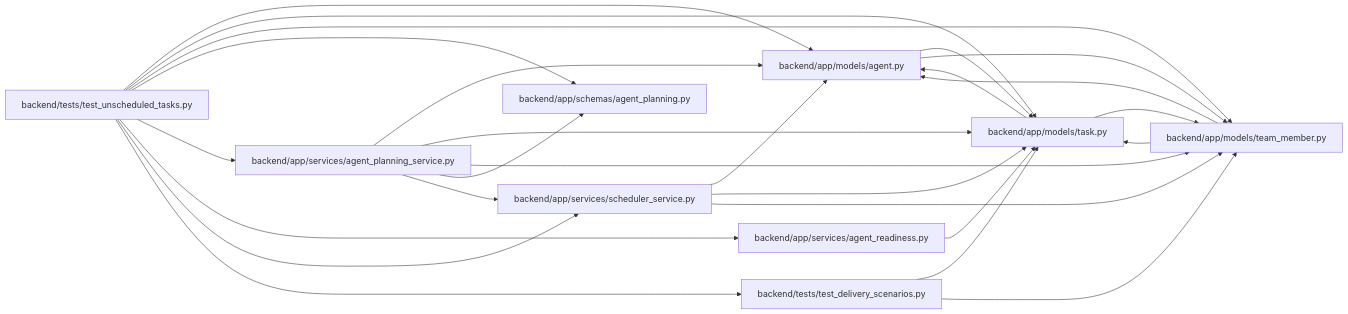
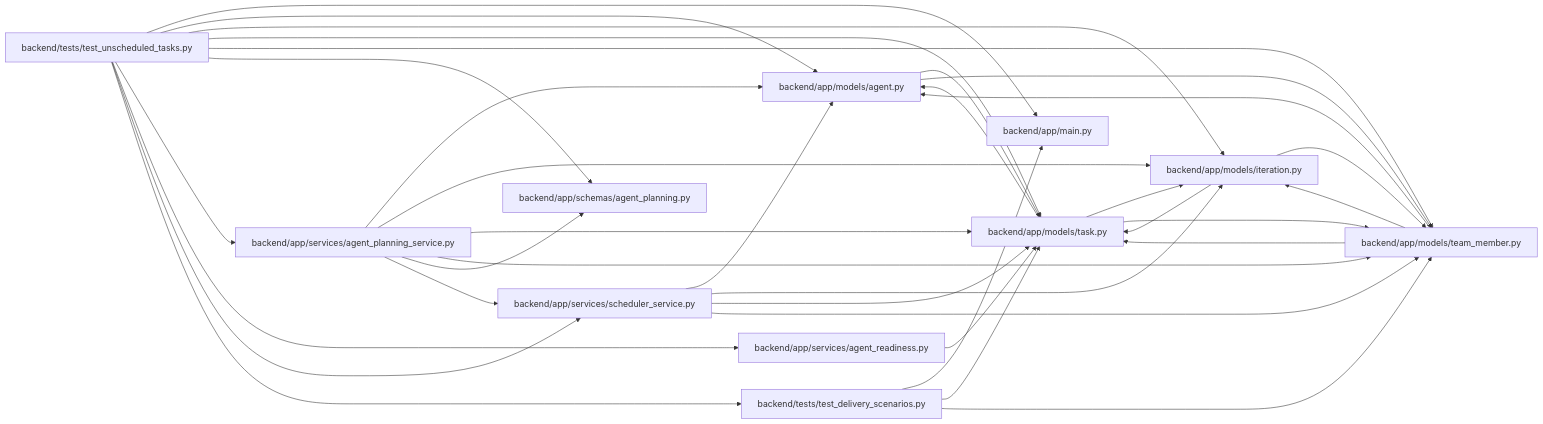
One commit to Denissvgn/WorkChord changed the diagram in docs/llm_wiki/modules/test_unscheduled_tasks.md. Above: the diagram before and after it, drawn with Mermaid. The commit also changed other lines of this file and 1817 other files, not shown here.

First line of the commit message:
Refresh the architectural wiki for the 1.9.0 changes

````diff
--- a/docs/llm_wiki/modules/test_unscheduled_tasks.md
+++ b/docs/llm_wiki/modules/test_unscheduled_tasks.md
@@ -27,46 +31,59 @@
 ```mermaid
 flowchart LR
-    n0["backend/app/models/agent.py"]
-    n1["backend/app/models/task.py"]
-    n2["backend/app/models/team_member.py"]
-    n3["backend/app/schemas/agent_planning.py"]
-    n4["backend/app/services/agent_planning_service.py"]
-    n5["backend/app/services/agent_readiness.py"]
-    n6["backend/app/services/scheduler_service.py"]
-    n7["backend/tests/test_delivery_scenarios.py"]
-    n8["backend/tests/test_unscheduled_tasks.py"]
-    n0 --> n1
-    n0 --> n2
-    n1 --> n0
-    n1 --> n2
-    n2 --> n0
-    n2 --> n1
-    n4 --> n0
+    n0["backend/app/main.py"]
+    n1["backend/app/models/agent.py"]
+    n2["backend/app/models/iteration.py"]
+    n3["backend/app/models/task.py"]
+    n4["backend/app/models/team_member.py"]
+    n5["backend/app/schemas/agent_planning.py"]
+    n6["backend/app/services/agent_planning_service.py"]
+    n7["backend/app/services/agent_readiness.py"]
+    n8["backend/app/services/scheduler_service.py"]
+    n9["backend/tests/test_delivery_scenarios.py"]
+    n10["backend/tests/test_unscheduled_tasks.py"]
+    n1 --> n3
+    n1 --> n4
+    n2 --> n3
+    n2 --> n4
+    n3 --> n1
+    n3 --> n2
+    n3 --> n4
     n4 --> n1
     n4 --> n2
     n4 --> n3
-    n4 --> n6
-    n5 --> n1
-    n6 --> n0
     n6 --> n1
     n6 --> n2
-    n7 --> n1
-    n7 --> n2
-    n8 --> n0
+    n6 --> n3
+    n6 --> n4
+    n6 --> n5
+    n6 --> n8
+    n7 --> n3
     n8 --> n1
     n8 --> n2
     n8 --> n3
     n8 --> n4
-    n8 --> n5
-    n8 --> n6
-    n8 --> n7
-    click n0 "../modules/models_agent.md"
-    click n1 "../modules/models_task.md"
-    click n2 "../modules/team_member.md"
-    click n3 "../modules/schemas_agent_planning.md"
-    click n4 "../modules/agent_planning_service.md"
-    click n5 "../modules/agent_readiness.md"
-    click n6 "../modules/scheduler_service.md"
-    click n7 "../modules/test_delivery_scenarios.md"
-    click n8 "../modules/test_unscheduled_tasks.md"
+    n9 --> n0
+    n9 --> n3
+    n9 --> n4
+    n10 --> n0
+    n10 --> n1
+    n10 --> n2
+    n10 --> n3
+    n10 --> n4
+    n10 --> n5
+    n10 --> n6
+    n10 --> n7
+    n10 --> n8
+    n10 --> n9
+    click n0 "../modules/app_main.md"
+    click n1 "../modules/models_agent.md"
+    click n2 "../modules/models_iteration.md"
+    click n3 "../modules/models_task.md"
+    click n4 "../modules/team_member.md"
+    click n5 "../modules/schemas_agent_planning.md"
+    click n6 "../modules/agent_planning_service.md"
+    click n7 "../modules/agent_readiness.md"
+    click n8 "../modules/scheduler_service.md"
+    click n9 "../modules/test_delivery_scenarios.md"
+    click n10 "../modules/test_unscheduled_tasks.md"
 ```
````
